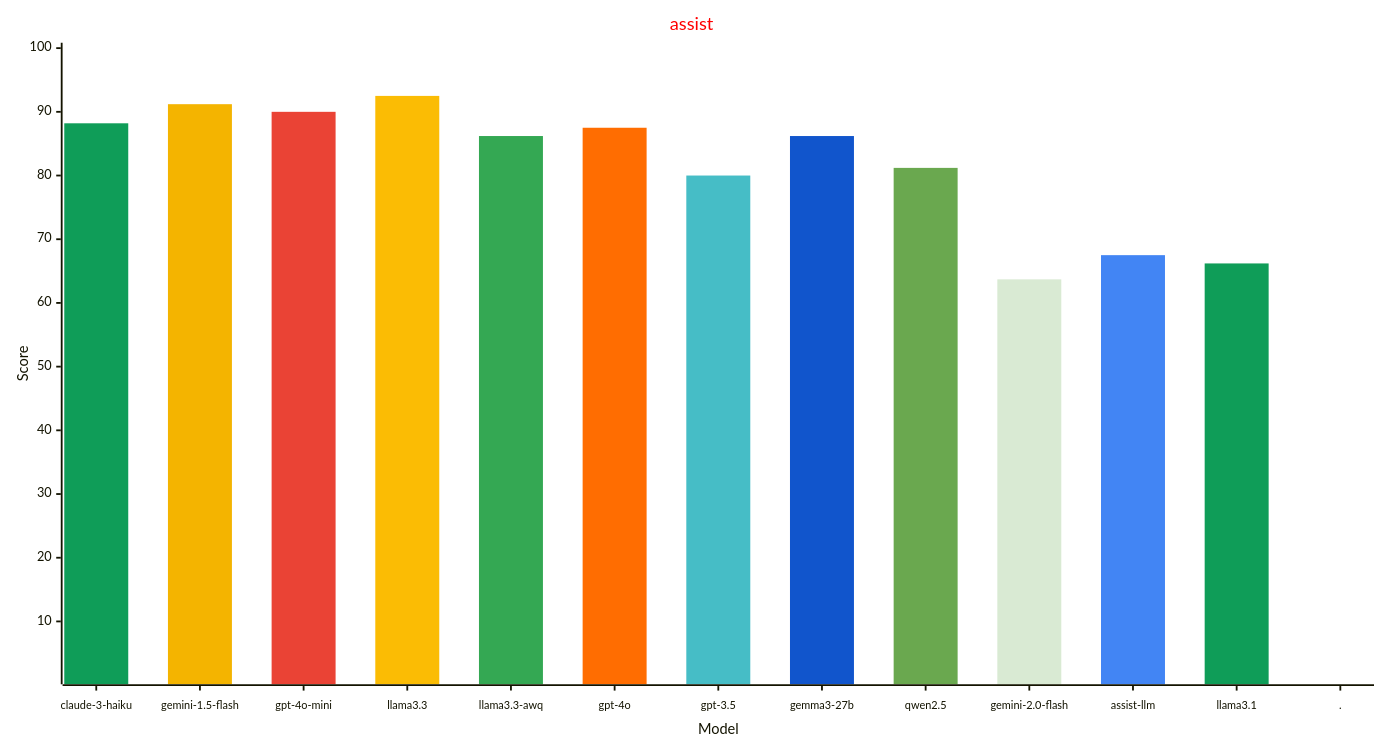
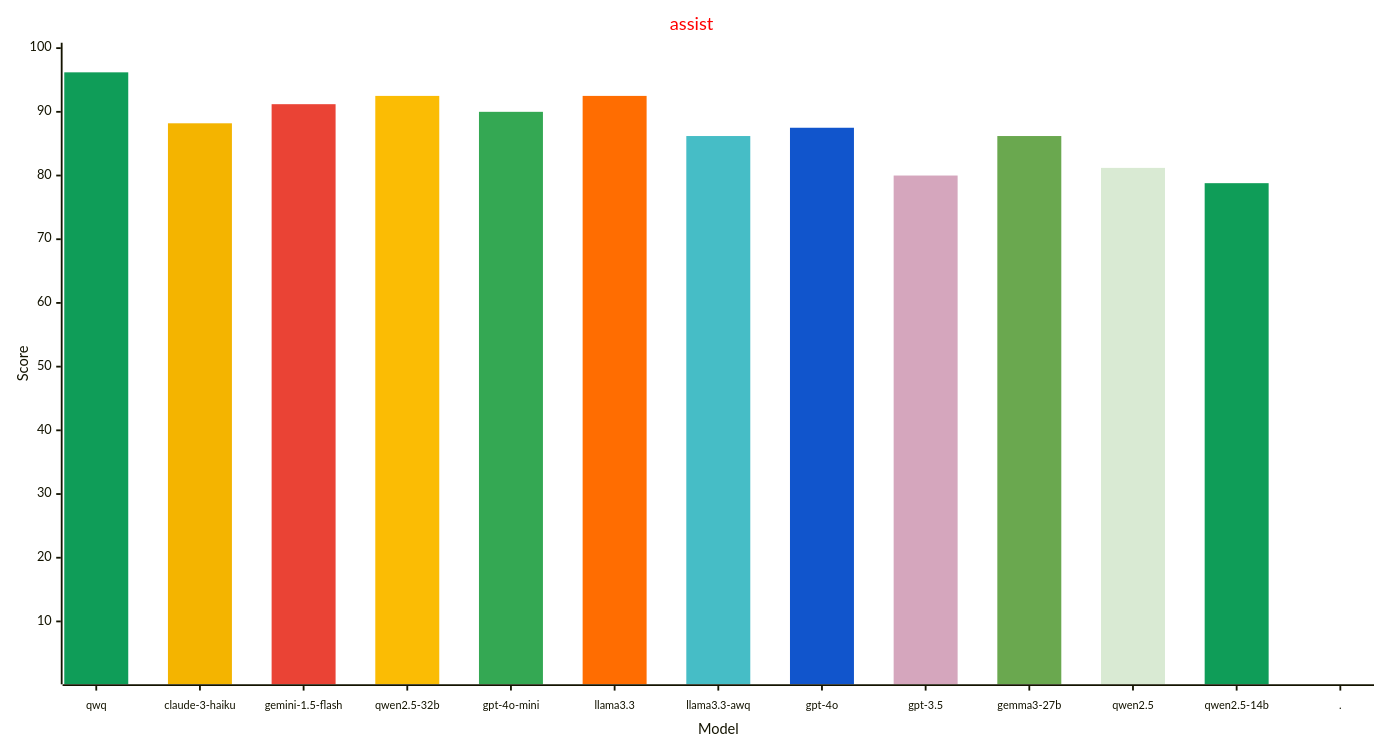
One commit to allenporter/home-assistant-datasets changed the first of 4 diagrams in reports/README.md. Above: the diagram before and after it, drawn with Mermaid. The commit also changed other lines of this file and 392 other files, not shown here.

Commit message:
Add results for qwq and more qwen2.5 models

````diff
--- a/reports/README.md
+++ b/reports/README.md
@@ -52,33 +55,33 @@
 ```mermaid
 ---
 config:
     xyChart:
         width: 1500
         height: 800
         xAxis:
           labelFontSize: 12
           labelPadding: 8
     themeVariables:
         xyChart:
             titleColor: "#ff0000"
-            plotColorPalette: "#0f9d58, #f4b400, #ea4335, #fbbc04, #34a853, #ff6d01, #46bdc6, #1155cc, #6aa84f, #d9ead3, #4285f4, #0f9d58, #4285f4"
+            plotColorPalette: "#0f9d58, #f4b400, #ea4335, #fbbc04, #34a853, #ff6d01, #46bdc6, #1155cc, #d5a6bd, #6aa84f, #d9ead3, #0f9d58, #4285f4"
 
 ---
 xychart-beta
   title "assist"
-  x-axis "Model" [claude-3-haiku, gemini-1.5-flash, gpt-4o-mini, llama3.3, llama3.3-awq, gpt-4o, gpt-3.5, gemma3-27b, qwen2.5, gemini-2.0-flash, assist-llm, llama3.1, .]
+  x-axis "Model" [qwq, claude-3-haiku, gemini-1.5-flash, qwen2.5-32b, gpt-4o-mini, llama3.3, llama3.3-awq, gpt-4o, gpt-3.5, gemma3-27b, qwen2.5, qwen2.5-14b, .]
   y-axis "Score" 1 --> 100
-  bar [88.2, 0.0, 0.0, 0.0, 0.0, 0.0, 0.0, 0.0, 0.0, 0.0, 0.0, 0.0, 0.0]
-  bar [0.0, 91.2, 0.0, 0.0, 0.0, 0.0, 0.0, 0.0, 0.0, 0.0, 0.0, 0.0, 0.0]
-  bar [0.0, 0.0, 90.0, 0.0, 0.0, 0.0, 0.0, 0.0, 0.0, 0.0, 0.0, 0.0, 0.0]
+  bar [96.2, 0.0, 0.0, 0.0, 0.0, 0.0, 0.0, 0.0, 0.0, 0.0, 0.0, 0.0, 0.0]
+  bar [0.0, 88.2, 0.0, 0.0, 0.0, 0.0, 0.0, 0.0, 0.0, 0.0, 0.0, 0.0, 0.0]
+  bar [0.0, 0.0, 91.2, 0.0, 0.0, 0.0, 0.0, 0.0, 0.0, 0.0, 0.0, 0.0, 0.0]
   bar [0.0, 0.0, 0.0, 92.5, 0.0, 0.0, 0.0, 0.0, 0.0, 0.0, 0.0, 0.0, 0.0]
-  bar [0.0, 0.0, 0.0, 0.0, 86.2, 0.0, 0.0, 0.0, 0.0, 0.0, 0.0, 0.0, 0.0]
-  bar [0.0, 0.0, 0.0, 0.0, 0.0, 87.5, 0.0, 0.0, 0.0, 0.0, 0.0, 0.0, 0.0]
-  bar [0.0, 0.0, 0.0, 0.0, 0.0, 0.0, 80.0, 0.0, 0.0, 0.0, 0.0, 0.0, 0.0]
-  bar [0.0, 0.0, 0.0, 0.0, 0.0, 0.0, 0.0, 86.2, 0.0, 0.0, 0.0, 0.0, 0.0]
-  bar [0.0, 0.0, 0.0, 0.0, 0.0, 0.0, 0.0, 0.0, 81.2, 0.0, 0.0, 0.0, 0.0]
-  bar [0.0, 0.0, 0.0, 0.0, 0.0, 0.0, 0.0, 0.0, 0.0, 63.7, 0.0, 0.0, 0.0]
-  bar [0.0, 0.0, 0.0, 0.0, 0.0, 0.0, 0.0, 0.0, 0.0, 0.0, 67.5, 0.0, 0.0]
-  bar [0.0, 0.0, 0.0, 0.0, 0.0, 0.0, 0.0, 0.0, 0.0, 0.0, 0.0, 66.2, 0.0]
+  bar [0.0, 0.0, 0.0, 0.0, 90.0, 0.0, 0.0, 0.0, 0.0, 0.0, 0.0, 0.0, 0.0]
+  bar [0.0, 0.0, 0.0, 0.0, 0.0, 92.5, 0.0, 0.0, 0.0, 0.0, 0.0, 0.0, 0.0]
+  bar [0.0, 0.0, 0.0, 0.0, 0.0, 0.0, 86.2, 0.0, 0.0, 0.0, 0.0, 0.0, 0.0]
+  bar [0.0, 0.0, 0.0, 0.0, 0.0, 0.0, 0.0, 87.5, 0.0, 0.0, 0.0, 0.0, 0.0]
+  bar [0.0, 0.0, 0.0, 0.0, 0.0, 0.0, 0.0, 0.0, 80.0, 0.0, 0.0, 0.0, 0.0]
+  bar [0.0, 0.0, 0.0, 0.0, 0.0, 0.0, 0.0, 0.0, 0.0, 86.2, 0.0, 0.0, 0.0]
+  bar [0.0, 0.0, 0.0, 0.0, 0.0, 0.0, 0.0, 0.0, 0.0, 0.0, 81.2, 0.0, 0.0]
+  bar [0.0, 0.0, 0.0, 0.0, 0.0, 0.0, 0.0, 0.0, 0.0, 0.0, 0.0, 78.8, 0.0]
   bar [0.0, 0.0, 0.0, 0.0, 0.0, 0.0, 0.0, 0.0, 0.0, 0.0, 0.0, 0.0, -1.0]
 ```
````
